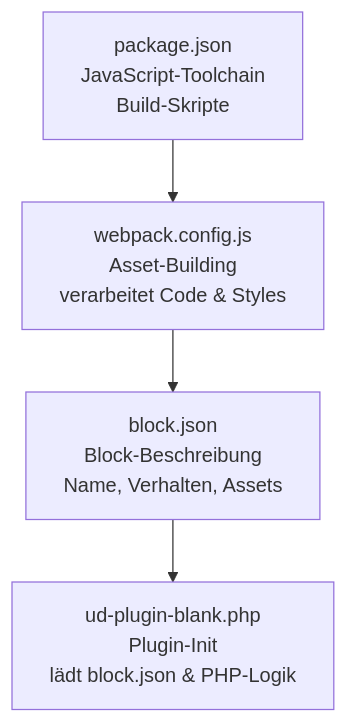
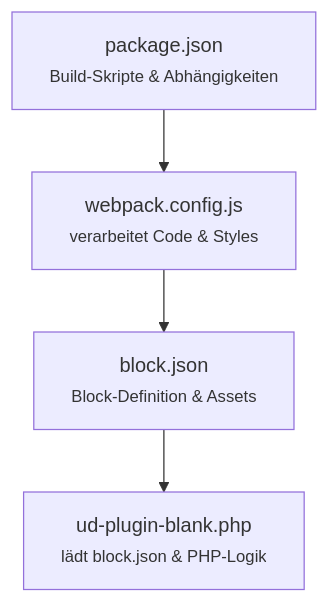
The diagram in README.md (matthiasulrich/ud-plugin-blank), drawn with Mermaid before and after one commit. The commit also changed other lines of this file, not shown here.

````diff
--- a/README.md
+++ b/README.md
@@ -15,9 +8,10 @@
 ```mermaid
 flowchart TD
-  A[package.json\nJavaScript-Toolchain\nBuild-Skripte]
-  B[webpack.config.js\nAsset-Building\nverarbeitet Code & Styles]
-  C[block.json\nBlock-Beschreibung\nName, Verhalten, Assets]
-  D[ud-plugin-blank.php\nPlugin-Init\nlädt block.json & PHP-Logik]
+  A[package.json<br><small>Build-Skripte & Abhängigkeiten</small>]
+  B[webpack.config.js<br><small>verarbeitet Code & Styles</small>]
+  C[block.json<br><small>Block-Definition & Assets</small>]
+  D[ud-plugin-blank.php<br><small>lädt block.json & PHP-Logik</small>]
 
   A --> B --> C --> D
+
 ```
````
